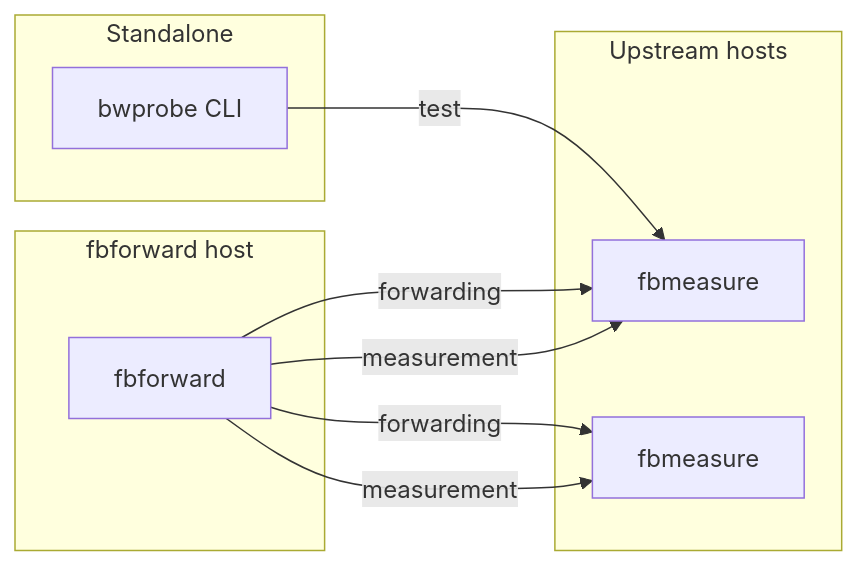
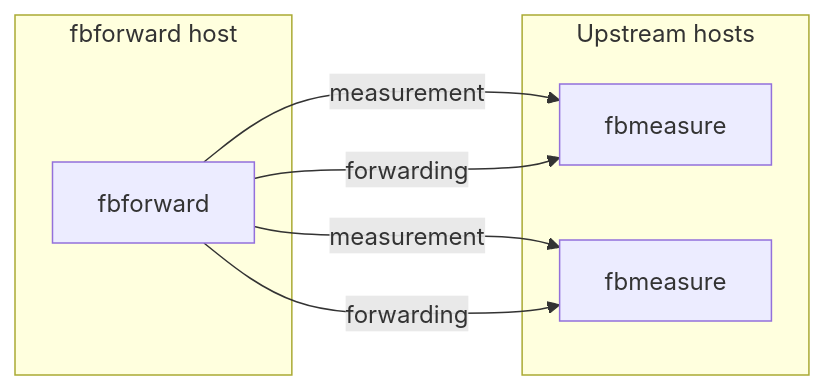
One commit to NodePath81/fbforward changed the second of 3 diagrams in doc/project-overview.md. Above: the diagram before and after it, drawn with Mermaid. The commit also changed other lines of this file and 65 other files, not shown here.

````diff
--- a/doc/project-overview.md
+++ b/doc/project-overview.md
@@ -150,22 +135,17 @@
 ```mermaid
 graph LR
     subgraph fbforward host
         FB[fbforward]
     end
 
     subgraph Upstream hosts
         FM1[fbmeasure]
         FM2[fbmeasure]
     end
 
-    subgraph Standalone
-        BP[bwprobe CLI]
-    end
-
     FB -->|measurement| FM1
     FB -->|measurement| FM2
     FB -->|forwarding| FM1
     FB -->|forwarding| FM2
 
-    BP -->|test| FM1
 ```
````
